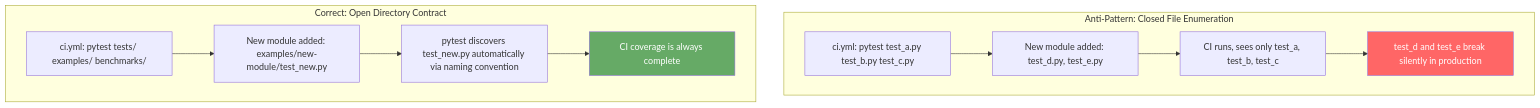
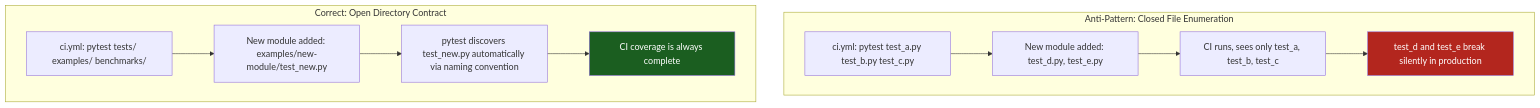
One commit to dan-petty/vibes changed the diagram in patterns/structure-driven-ci-directory-contracts.md. Above: the diagram before and after it, drawn with Mermaid. The commit also changed 21 other files, not shown here.

````diff
--- a/patterns/structure-driven-ci-directory-contracts.md
+++ b/patterns/structure-driven-ci-directory-contracts.md
@@ -26,21 +26,21 @@
 ```mermaid
 flowchart TD
     subgraph EnumerationAntiPattern["Anti-Pattern: Closed File Enumeration"]
         L1["ci.yml: pytest test_a.py test_b.py test_c.py"]
         L2["New module added: test_d.py, test_e.py"]
         L3["CI runs, sees only test_a, test_b, test_c"]
         L4["test_d and test_e break silently in production"]
         L1 --> L2 --> L3 --> L4
     end
 
     subgraph DirectoryContract["Correct: Open Directory Contract"]
         R1["ci.yml: pytest tests/ examples/ benchmarks/"]
         R2["New module added: examples/new-module/test_new.py"]
         R3["pytest discovers test_new.py automatically via naming convention"]
         R4["CI coverage is always complete"]
         R1 --> R2 --> R3 --> R4
     end
 
-    style L4 fill:#f66,color:#fff
-    style R4 fill:#6a6,color:#fff
+    style L4 fill:#b3261e,color:#fff
+    style R4 fill:#1b5e20,color:#fff
 ```
````
